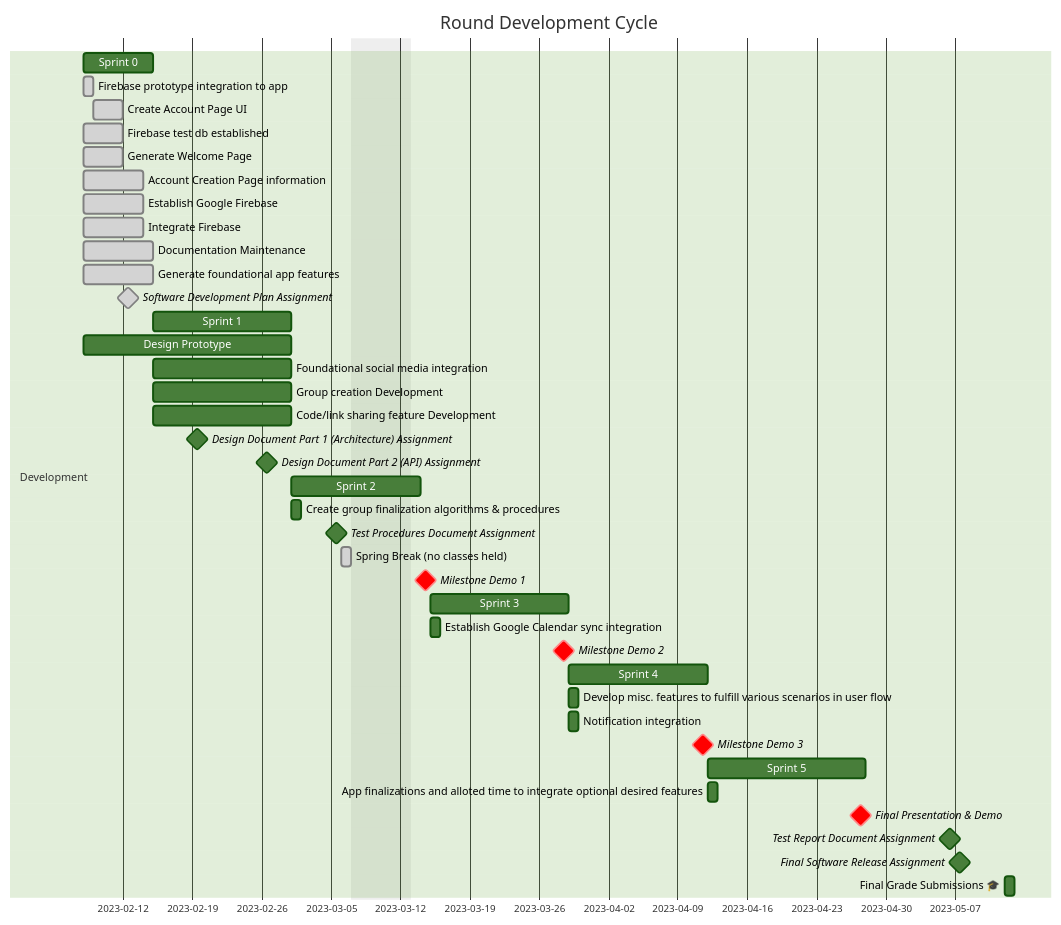
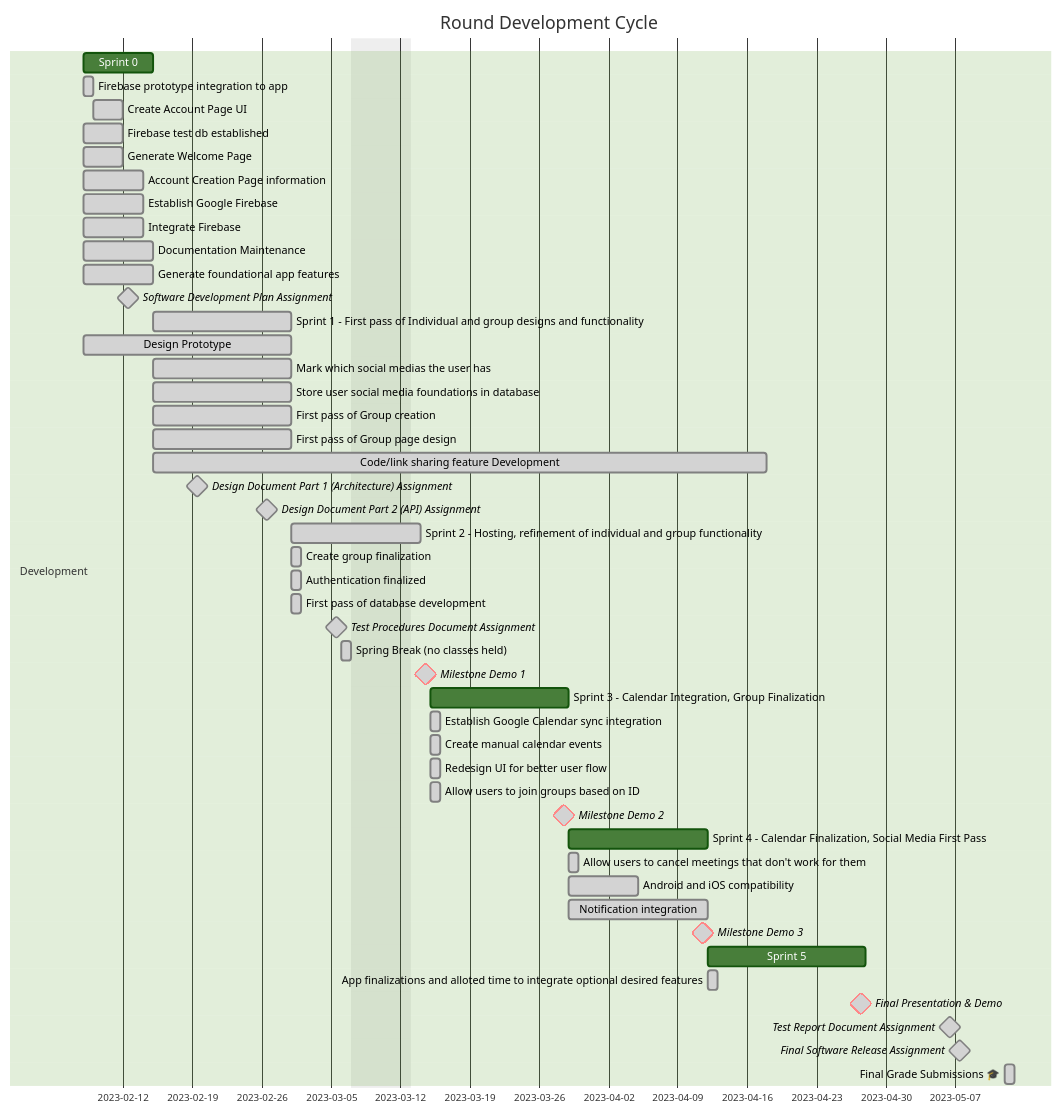
The diagram in documentation/docs/development-plan/schedule.md (Capstone-Projects-2023-Spring/project-groupmeet), drawn with Mermaid (forest theme) before and after one commit.

````diff
--- a/documentation/docs/development-plan/schedule.md
+++ b/documentation/docs/development-plan/schedule.md
@@ -33,58 +33,74 @@
          Software Development Plan Assignment: milestone, done, 2023-02-12, 1d
          
         section Development 
-         Sprint 1: , 2023-02-15, 2w
+         Sprint 1 - First pass of Individual and group designs and functionality: done, 2023-02-15, 2w
         section Development 
-         Design Prototype:  , 2023-02-08, 3w
+         Design Prototype:  done, 2023-02-08, 3w
         section Development 
-         Foundational social media integration:  , 2023-02-15, 2w
+         Mark which social medias the user has:  done, 2023-02-15, 2w
         section Development 
-         Group creation Development:  , 2023-02-15, 2w
+         Store user social media foundations in database:  done, 2023-02-15, 2w
         section Development 
-         Code/link sharing feature Development:  , 2023-02-15, 2w
+         First pass of Group creation:  done, 2023-02-15, 2w
         section Development 
-         Design Document Part 1 (Architecture) Assignment: milestone, , 2023-02-19, 1d
+         First pass of Group page design:  done, 2023-02-15, 2w
         section Development 
-         Design Document Part 2 (API) Assignment: milestone, , 2023-02-26, 1d
+         Code/link sharing feature Development:  done, 2023-02-15, 8w
+        section Development 
+         Design Document Part 1 (Architecture) Assignment: milestone, done, 2023-02-19, 1d
+        section Development 
+         Design Document Part 2 (API) Assignment: milestone, done, 2023-02-26, 1d
          
         section Development 
-         Sprint 2: , 2023-03-01, 1w
+         Sprint 2 - Hosting, refinement of individual and group functionality: done, 2023-03-01, 1w
         section Development 
-         Create group finalization algorithms & procedures:  , 2023-03-01, 1d
+         Create group finalization:  done, 2023-03-01, 1d
         section Development 
-         Test Procedures Document Assignment: milestone, , 2023-03-05, 1d
+         Authentication finalized:  done, 2023-03-01, 1d
+        section Development 
+         First pass of database development:  done, 2023-03-01, 1d
+        section Development 
+         Test Procedures Document Assignment: milestone, done, 2023-03-05, 1d
         section Development 
          Spring Break (no classes held): done, 2023-03-06, 1d
         section Development 
-         Milestone Demo 1 :crit, milestone,  , 2023-03-14, 1d
+         Milestone Demo 1 :crit, milestone,  done, 2023-03-14, 1d
          
         section Development 
-         Sprint 3: , 2023-03-15, 2w
+         Sprint 3 - Calendar Integration, Group Finalization: , 2023-03-15, 2w
         section Development 
-         Establish Google Calendar sync integration:  , 2023-03-15, 1d
+         Establish Google Calendar sync integration:  done, 2023-03-15, 1d
         section Development 
-         Milestone Demo 2 :crit, milestone,  , 2023-03-28, 1d
+         Create manual calendar events:  done, 2023-03-15, 1d
+        section Development 
+         Redesign UI for better user flow:  done, 2023-03-15, 1d
+        section Development 
+         Allow users to join groups based on ID:  done, 2023-03-15, 1d
+        section Development 
+         Milestone Demo 2 :crit, milestone,  done, 2023-03-28, 1d
          
         section Development 
-         Sprint 4: , 2023-03-29, 2w
+         Sprint 4 - Calendar Finalization, Social Media First Pass: , 2023-03-29, 2w
         section Development 
-         Develop misc. features to fulfill various scenarios in user flow:  , 2023-03-29, 1d
+         Allow users to cancel meetings that don't work for them:  done, 2023-03-29, 1d
         section Development 
-         Notification integration:  , 2023-03-29, 1d
+         Android and iOS compatibility:  done, 2023-03-29, 1w
         section Development 
-         Milestone Demo 3 :crit, milestone,  , 2023-04-11, 1d
+         Notification integration:  done, 2023-03-29, 2w
+        section Development 
+         Milestone Demo 3 :crit, milestone,  done, 2023-04-11, 1d
          
         section Development 
          Sprint 5: , 2023-04-12, 16d
         section Development 
-         App finalizations and alloted time to integrate optional desired features:  , 2023-04-12, 1d
+         App finalizations and alloted time to integrate optional desired features:  done, 2023-04-12, 1d
         section Development 
-         Final Presentation & Demo :crit, milestone,  , 2023-04-27, 1d
+         Final Presentation & Demo :crit, milestone,  done, 2023-04-27, 1d
         section Development 
-         Test Report Document Assignment: milestone, , 2023-05-06, 1d
+         Test Report Document Assignment: milestone, done, 2023-05-06, 1d
         section Development 
-         Final Software Release Assignment: milestone, , 2023-05-07, 1d
+         Final Software Release Assignment: milestone, done, 2023-05-07, 1d
         section Development 
-         Final Grade Submissions 🎓 :  , 2023-05-12, 1d
+         Final Grade Submissions 🎓 :  done, 2023-05-12, 1d
         
 ```
````
